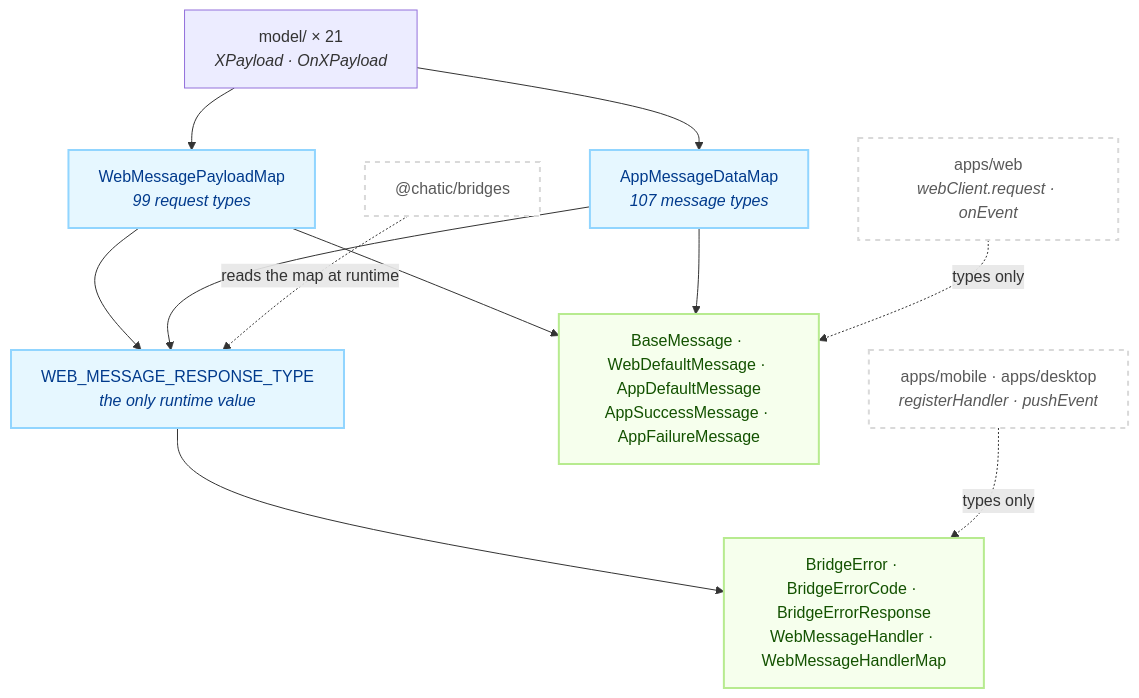
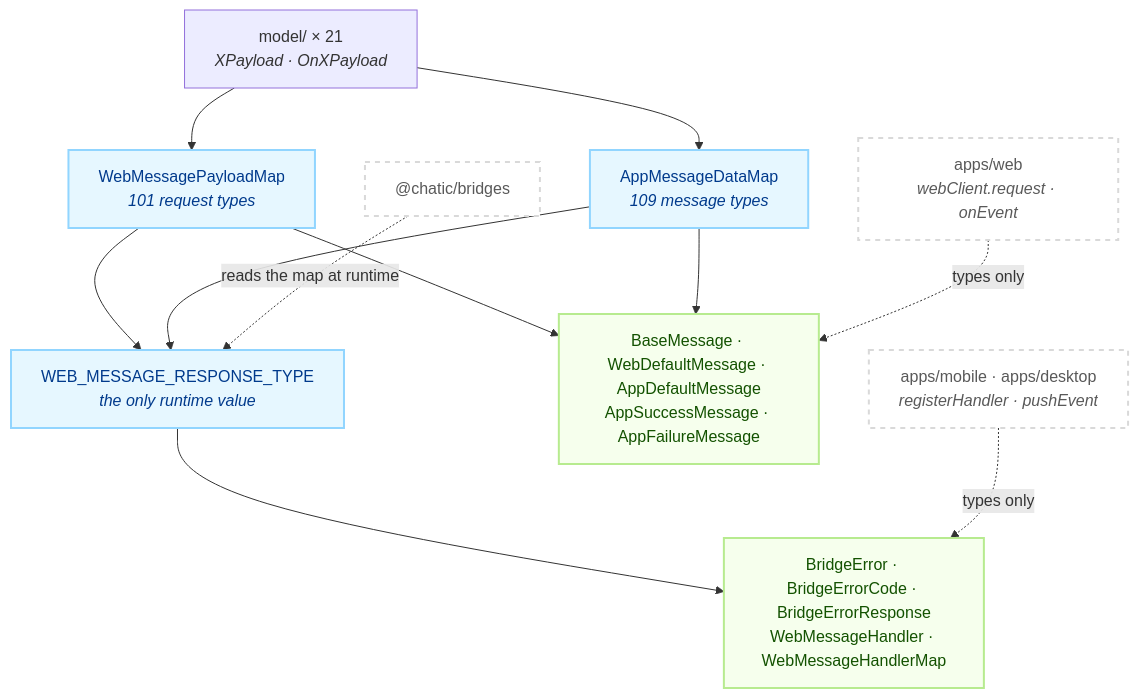
One commit to lemoncloud-io/dou-app changed the first of 2 diagrams in libs/app-messages/README.md. Above: the diagram before and after it, drawn with Mermaid. The commit also changed other lines of this file and 40 other files, not shown here.

First line of the commit message:
feat(web,mobile,app-messages): show and clear the native and web caches side by side

````diff
--- a/libs/app-messages/README.md
+++ b/libs/app-messages/README.md
@@ -94,28 +94,28 @@
 ```mermaid
 flowchart TD
     classDef ext fill:#ffffff,stroke:#d9d9d9,stroke-width:2px,color:#595959,stroke-dasharray: 5 5;
     classDef map fill:#e6f7ff,stroke:#91d5ff,stroke-width:2px,color:#003a8c;
     classDef env fill:#f6ffed,stroke:#b7eb8f,stroke-width:2px,color:#135200;
 
     Model["model/ × 21<br/><i>XPayload · OnXPayload</i>"]
-    WM["WebMessagePayloadMap<br/><i>99 request types</i>"]:::map
-    AM["AppMessageDataMap<br/><i>107 message types</i>"]:::map
+    WM["WebMessagePayloadMap<br/><i>101 request types</i>"]:::map
+    AM["AppMessageDataMap<br/><i>109 message types</i>"]:::map
     RT["WEB_MESSAGE_RESPONSE_TYPE<br/><i>the only runtime value</i>"]:::map
     Env["BaseMessage · WebDefaultMessage · AppDefaultMessage<br/>AppSuccessMessage · AppFailureMessage"]:::env
     Err["BridgeError · BridgeErrorCode · BridgeErrorResponse<br/>WebMessageHandler · WebMessageHandlerMap"]:::env
 
     Web["apps/web<br/><i>webClient.request · onEvent</i>"]:::ext
     Shell["apps/mobile · apps/desktop<br/><i>registerHandler · pushEvent</i>"]:::ext
     Br["@chatic/bridges"]:::ext
 
     Model --> WM
     Model --> AM
     WM --> RT
     AM --> RT
     WM --> Env
     AM --> Env
     RT --> Err
     Br -.->|"reads the map at runtime"| RT
     Web -.->|"types only"| Env
     Shell -.->|"types only"| Err
 ```
````
